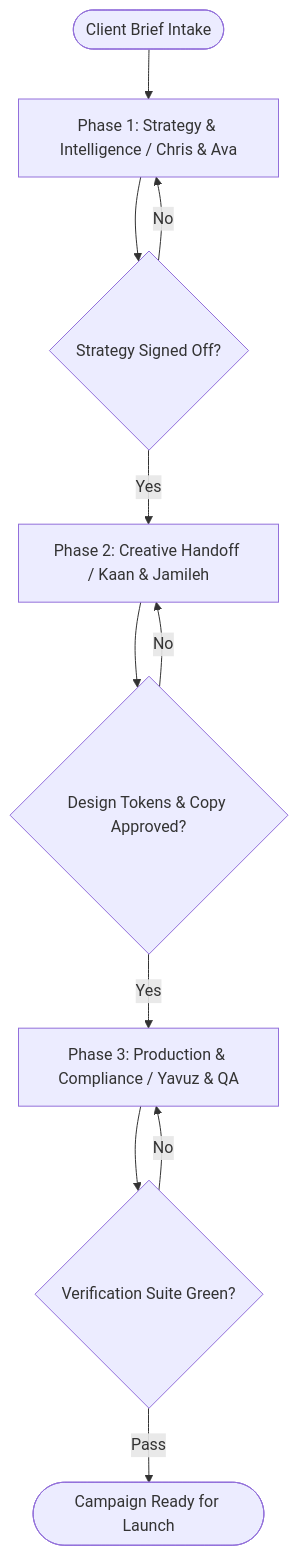
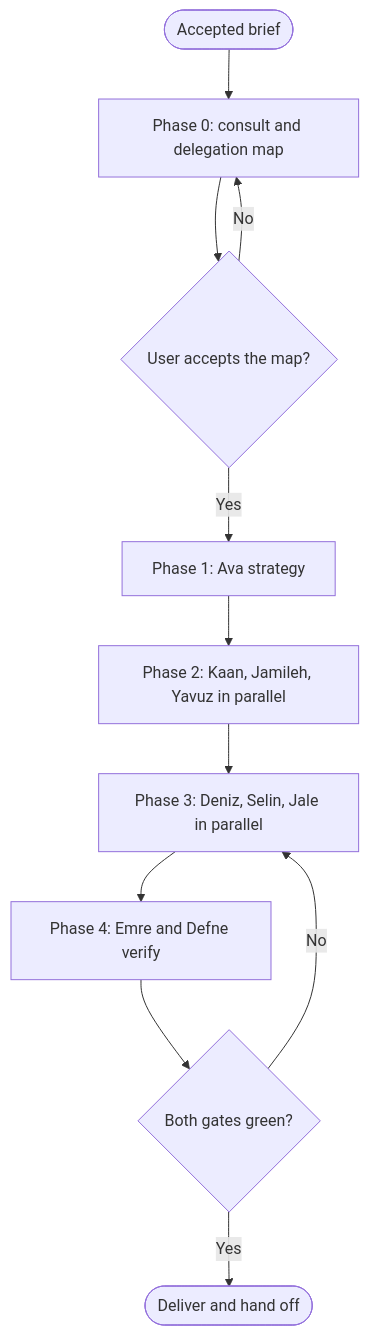
The diagram in registry/skills/workflow-agency-full-campaign/SKILL.md (NeoAnthropocene/agents-united), drawn with Mermaid before and after one commit. The commit also changed other lines of this file and 14 other files, not shown here.

````diff
--- a/registry/skills/workflow-agency-full-campaign/SKILL.md
+++ b/registry/skills/workflow-agency-full-campaign/SKILL.md
@@ -21,13 +25,13 @@
 ```mermaid
 graph TD
-    Start([Client Brief Intake]) --> P1[Phase 1: Strategy & Intelligence / Chris & Ava]
-    P1 --> Gate1{"Strategy Signed Off?"}
-    Gate1 -->|No| P1
-    Gate1 -->|Yes| P2[Phase 2: Creative Handoff / Kaan & Jamileh]
-    P2 --> Gate2{"Design Tokens & Copy Approved?"}
-    Gate2 -->|No| P2
-    Gate2 -->|Yes| P3[Phase 3: Production & Compliance / Yavuz & QA]
-    P3 --> Gate3{"Verification Suite Green?"}
-    Gate3 -->|No| P3
-    Gate3 -->|Pass| Done([Campaign Ready for Launch])
+    Brief([Accepted brief]) --> P0[Phase 0: consult and delegation map]
+    P0 --> G0{User accepts the map?}
+    G0 -->|No| P0
+    G0 -->|Yes| P1[Phase 1: Ava strategy]
+    P1 --> P2[Phase 2: Kaan, Jamileh, Yavuz in parallel]
+    P2 --> P3[Phase 3: Deniz, Selin, Jale in parallel]
+    P3 --> P4[Phase 4: Emre and Defne verify]
+    P4 --> G1{Both gates green?}
+    G1 -->|No| P3
+    G1 -->|Yes| Done([Deliver and hand off])
 ```
````
